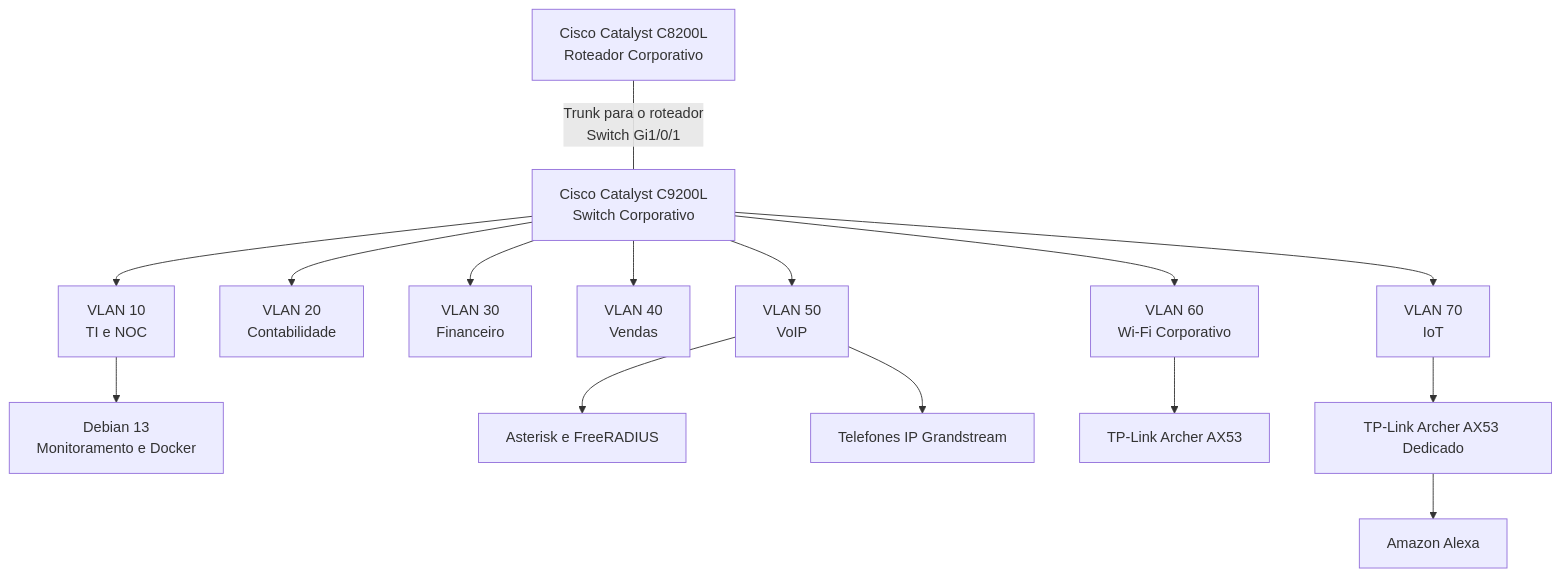
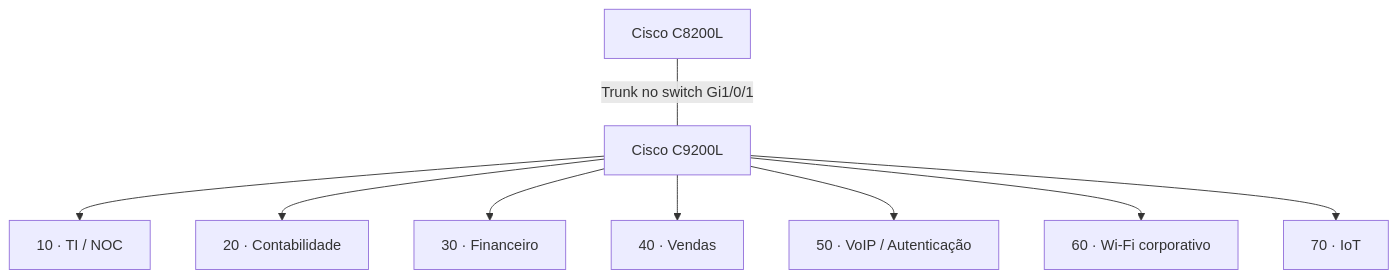
One commit to kayo-willian/enterprise-noc-from-scratch changed the diagram in docs/pt-BR/redes/README.md. Above: the diagram before and after it, drawn with Mermaid. The commit also changed other lines of this file and 15 other files, not shown here.

Commit message:
docs: consolidate network architecture and equipment records

````diff
--- a/docs/pt-BR/redes/README.md
+++ b/docs/pt-BR/redes/README.md
@@ -37,23 +22,13 @@
 ```mermaid
 flowchart TB
-    R["Cisco Catalyst C8200L<br/>Roteador Corporativo"]
-    SW["Cisco Catalyst C9200L<br/>Switch Corporativo"]
-
-    R ---|"Trunk para o roteador<br/>Switch Gi1/0/1"| SW
-
-    SW --> V10["VLAN 10<br/>TI e NOC"]
-    SW --> V20["VLAN 20<br/>Contabilidade"]
-    SW --> V30["VLAN 30<br/>Financeiro"]
-    SW --> V40["VLAN 40<br/>Vendas"]
-    SW --> V50["VLAN 50<br/>VoIP"]
-    SW --> V60["VLAN 60<br/>Wi-Fi Corporativo"]
-    SW --> V70["VLAN 70<br/>IoT"]
-
-    V10 --> NOC["Debian 13<br/>Monitoramento e Docker"]
-    V50 --> PBX["Asterisk e FreeRADIUS"]
-    V50 --> PHONES["Telefones IP Grandstream"]
-
-    V60 --> WIFI["TP-Link Archer AX53"]
-    V70 --> IOT["TP-Link Archer AX53 Dedicado"]
-    IOT --> ALEXA["Amazon Alexa"]
+    R["Cisco C8200L"]
+    S["Cisco C9200L"]
+    R ---|"Trunk no switch Gi1/0/1"| S
+    S --> V10["10 · TI / NOC"]
+    S --> V20["20 · Contabilidade"]
+    S --> V30["30 · Financeiro"]
+    S --> V40["40 · Vendas"]
+    S --> V50["50 · VoIP / Autenticação"]
+    S --> V60["60 · Wi-Fi corporativo"]
+    S --> V70["70 · IoT"]
 ```
````
